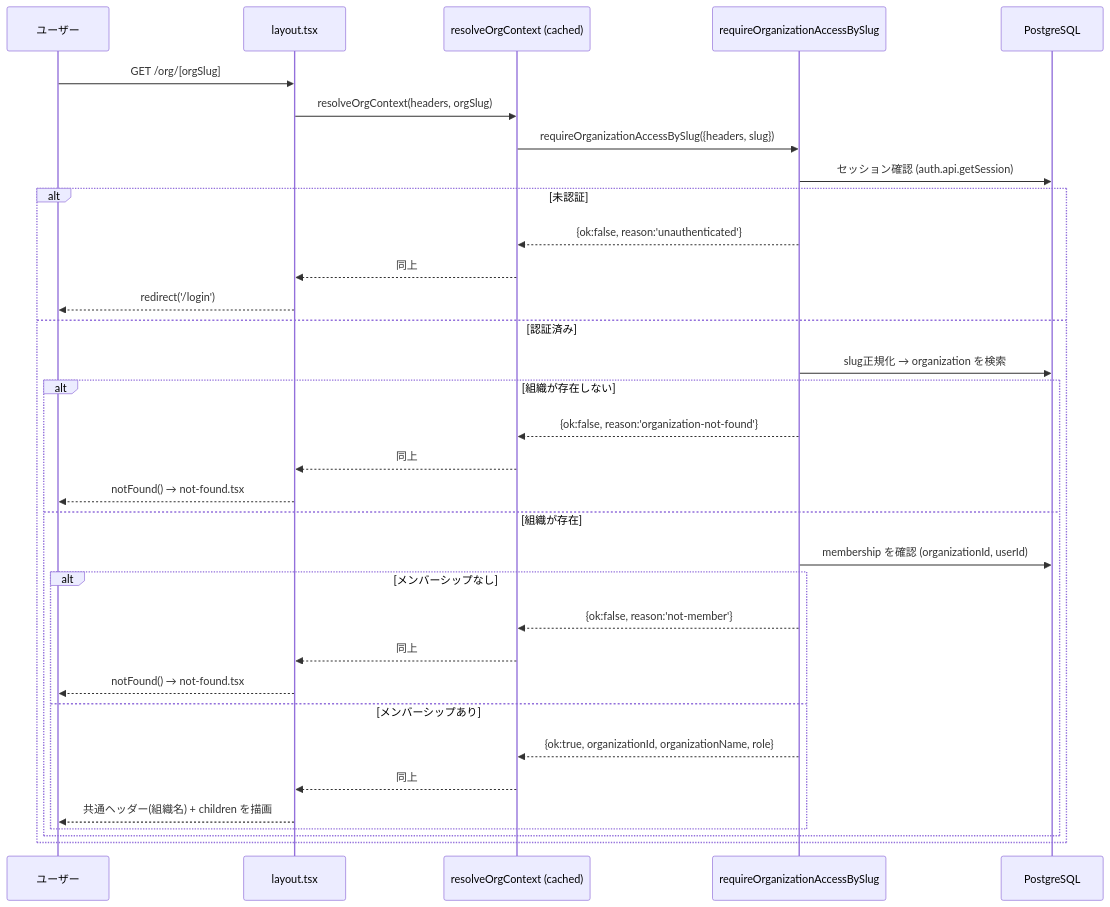
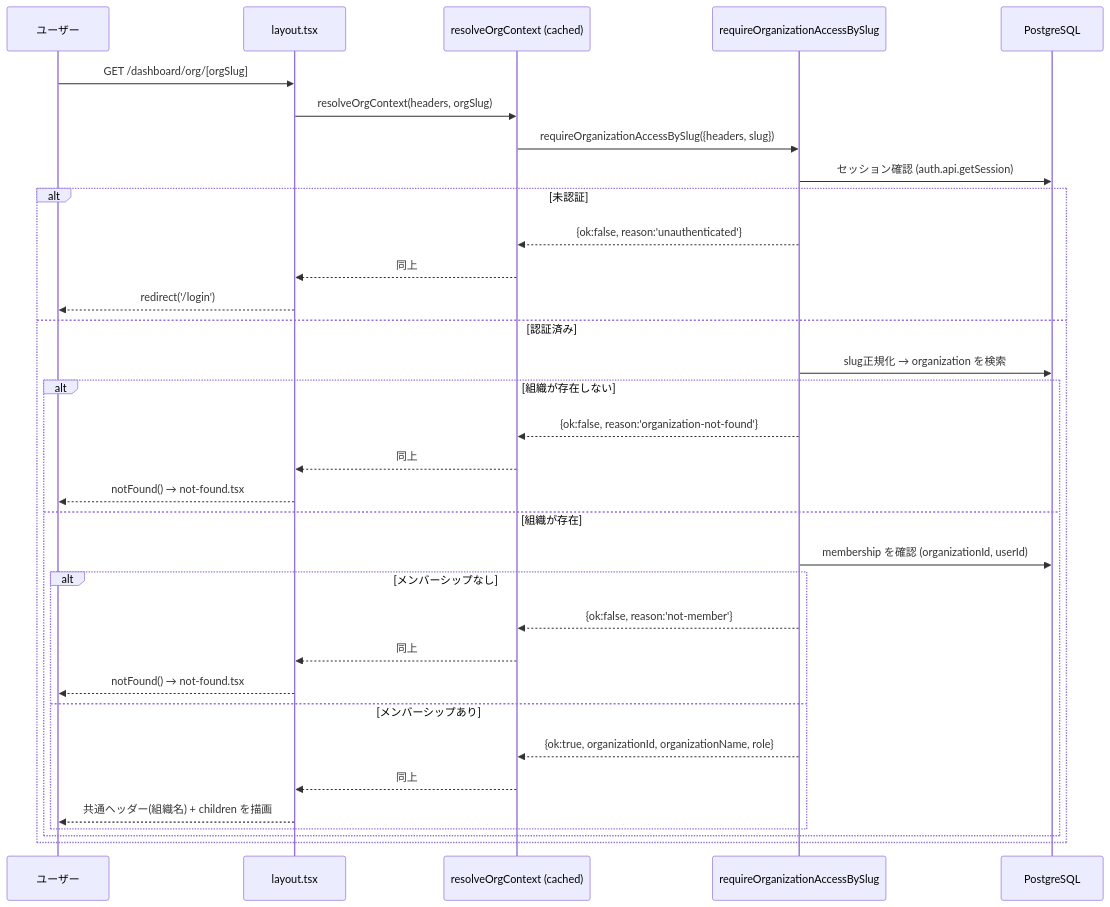
Before and after one commit to y-ngi/next16-multitenant-app-starter: the second of 2 diagrams in docs/specs/7-organization-context/design.md, drawn with Mermaid. The commit also changed other lines of this file and 5 other files, not shown here.

First line of the commit message:
docs(7-organization-context): adopt /dashboard prefix for personal and org context routes

````diff
--- a/docs/specs/7-organization-context/design.md
+++ b/docs/specs/7-organization-context/design.md
@@ -123,36 +132,36 @@
 ```mermaid
 sequenceDiagram
     participant U as ユーザー
     participant L as layout.tsx
     participant R as resolveOrgContext (cached)
     participant AZ as requireOrganizationAccessBySlug
     participant DB as PostgreSQL
 
-    U->>L: GET /org/[orgSlug]
+    U->>L: GET /dashboard/org/[orgSlug]
     L->>R: resolveOrgContext(headers, orgSlug)
     R->>AZ: requireOrganizationAccessBySlug({headers, slug})
     AZ->>DB: セッション確認 (auth.api.getSession)
     alt 未認証
         AZ-->>R: {ok:false, reason:'unauthenticated'}
         R-->>L: 同上
         L-->>U: redirect('/login')
     else 認証済み
         AZ->>DB: slug正規化 → organization を検索
         alt 組織が存在しない
             AZ-->>R: {ok:false, reason:'organization-not-found'}
             R-->>L: 同上
             L-->>U: notFound() → not-found.tsx
         else 組織が存在
             AZ->>DB: membership を確認 (organizationId, userId)
             alt メンバーシップなし
                 AZ-->>R: {ok:false, reason:'not-member'}
                 R-->>L: 同上
                 L-->>U: notFound() → not-found.tsx
             else メンバーシップあり
                 AZ-->>R: {ok:true, organizationId, organizationName, role}
                 R-->>L: 同上
                 L-->>U: 共通ヘッダー(組織名) + children を描画
             end
         end
     end
 ```
````
